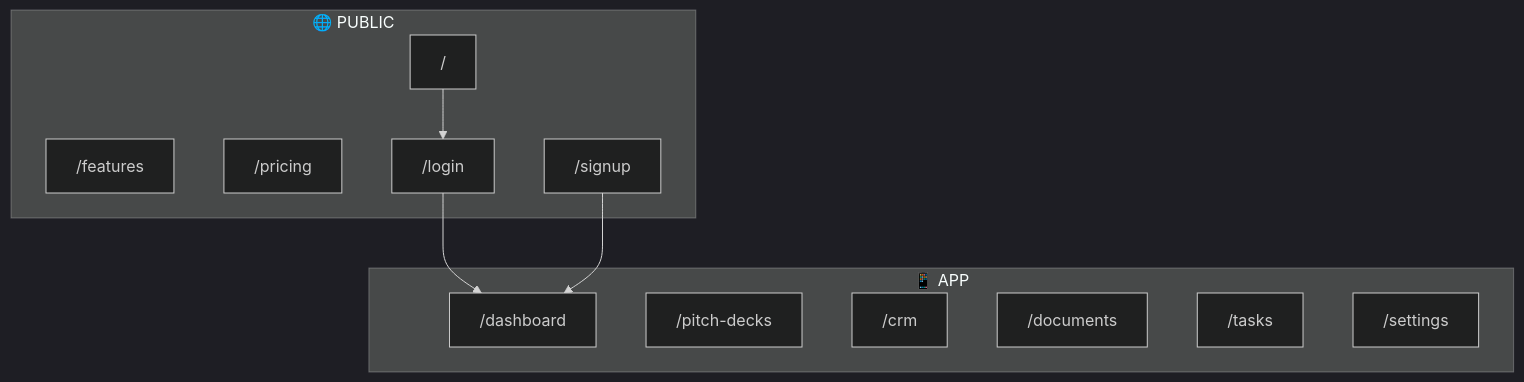
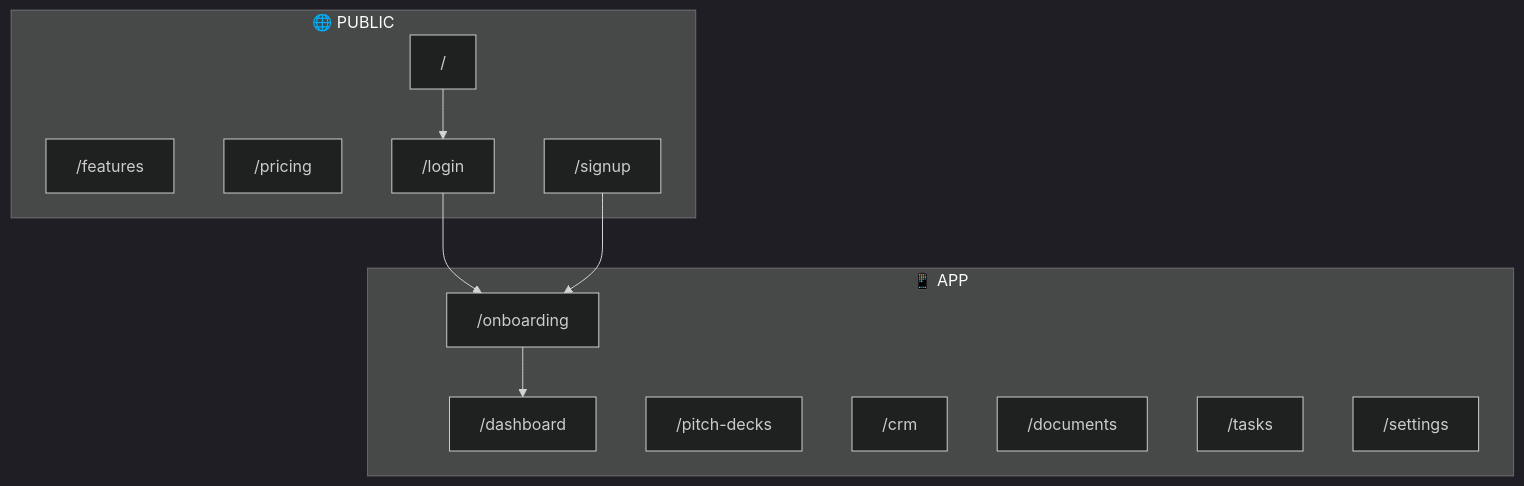
The diagram in sitemap.md (amo-tech-ai/startupai), drawn with Mermaid (dark theme) before and after one commit. The commit also changed other lines of this file and 12 other files, not shown here.

````diff
--- a/sitemap.md
+++ b/sitemap.md
@@ -9,22 +10,23 @@
 ```mermaid
 flowchart TB
     subgraph Public["🌐 PUBLIC"]
         HOME["/"]
         FEATURES["/features"]
         PRICING["/pricing"]
         LOGIN["/login"]
         SIGNUP["/signup"]
     end
 
     subgraph App["📱 APP"]
+        WIZARD["/onboarding"]
         DASH["/dashboard"]
         DECKS["/pitch-decks"]
         CRM["/crm"]
         DOCS["/documents"]
         TASKS["/tasks"]
         SETTINGS["/settings"]
     end
 
-    HOME --> LOGIN --> DASH
-    SIGNUP --> DASH
+    HOME --> LOGIN --> WIZARD
+    SIGNUP --> WIZARD --> DASH
 ```
````
